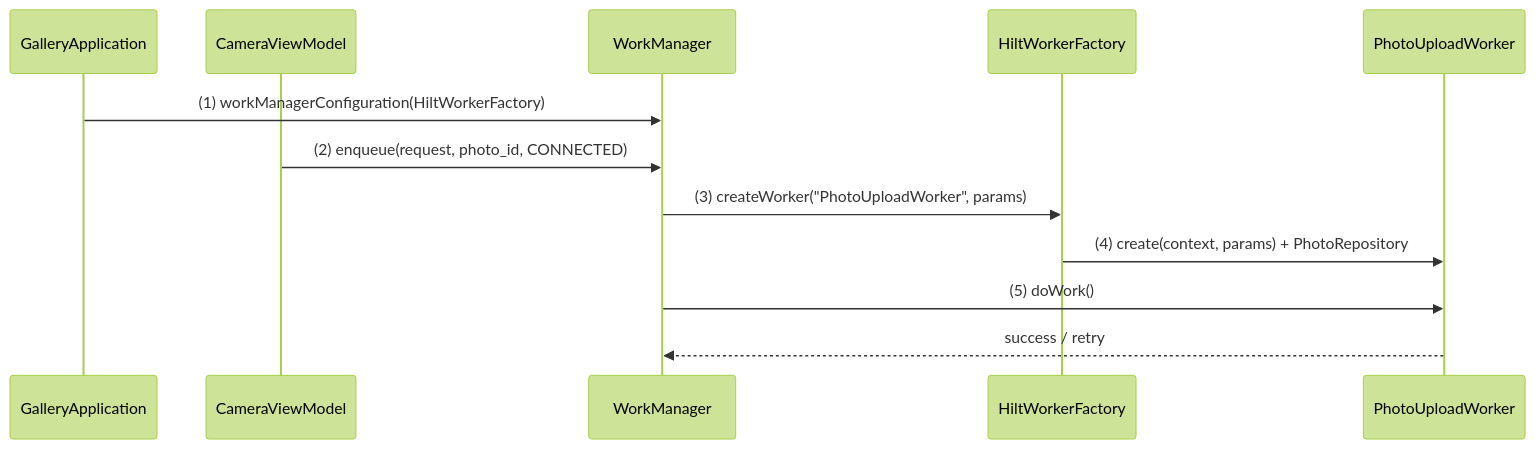
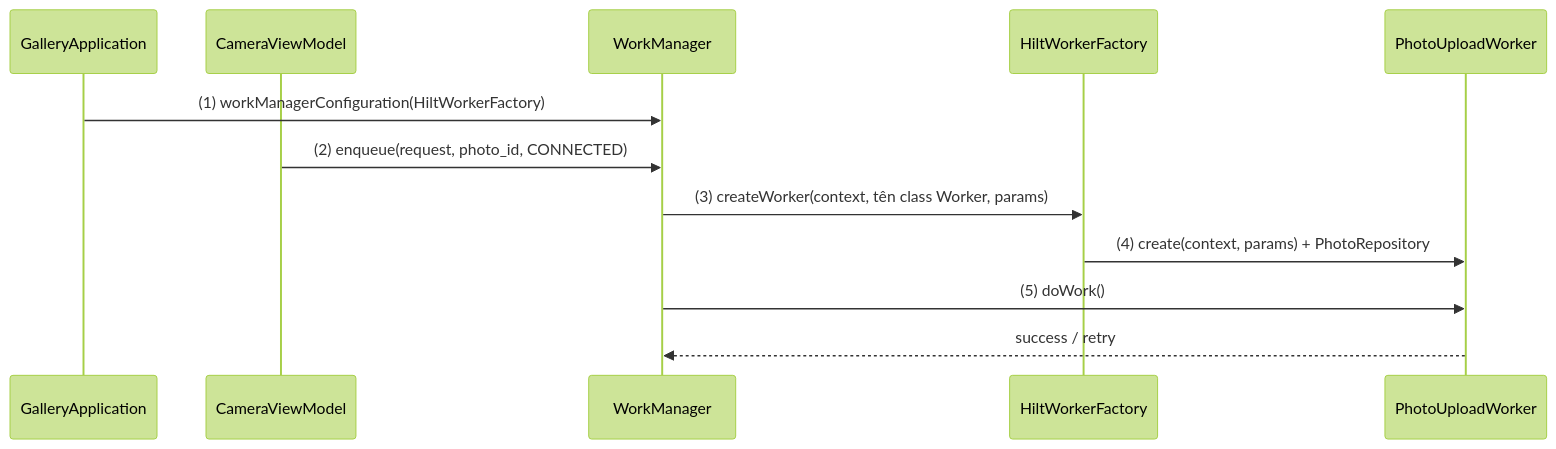
The fifth of 6 diagrams in knowledge/android/docs/session_07/design_pattern/di/hilt.md (h1eu/knowledge), drawn with Mermaid (forest theme) before and after one commit. The commit also changed other lines of this file and 19 other files, not shown here.

````diff
--- a/knowledge/android/docs/session_07/design_pattern/di/hilt.md
+++ b/knowledge/android/docs/session_07/design_pattern/di/hilt.md
@@ -411,14 +411,14 @@
 ```mermaid
 sequenceDiagram
     participant App as GalleryApplication
     participant UI as CameraViewModel
     participant WM as WorkManager
     participant HWF as HiltWorkerFactory
     participant W as PhotoUploadWorker
     App->>WM: (1) workManagerConfiguration(HiltWorkerFactory)
     UI->>WM: (2) enqueue(request, photo_id, CONNECTED)
-    WM->>HWF: (3) createWorker("PhotoUploadWorker", params)
+    WM->>HWF: (3) createWorker(context, tên class Worker, params)
     HWF->>W: (4) create(context, params) + PhotoRepository
     WM->>W: (5) doWork()
     W-->>WM: success / retry
 ```
````
